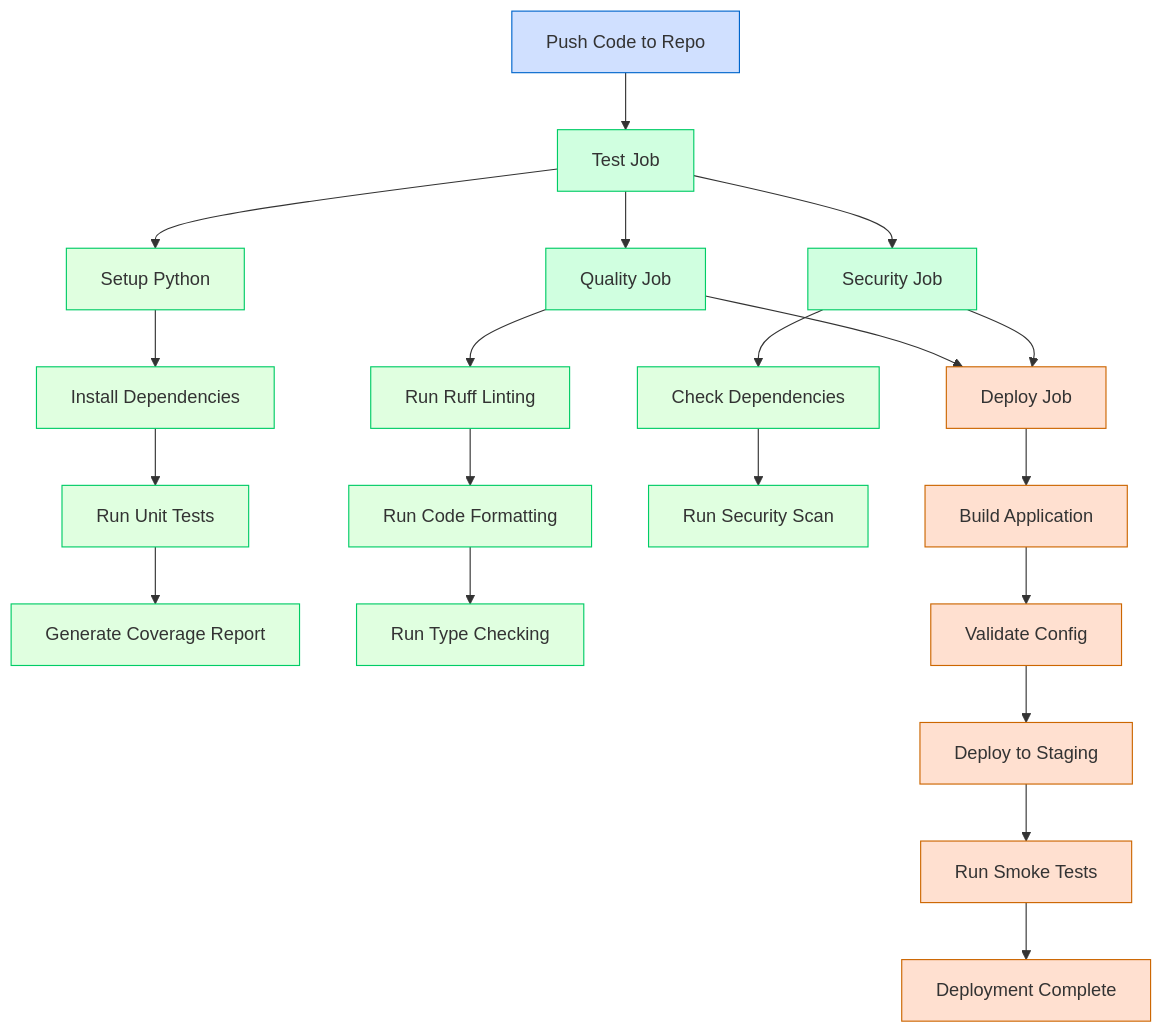
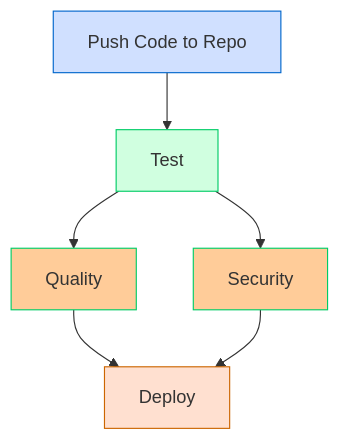
Before and after one commit to wolkwork/ci-cd-pipeline: the diagram in docs/ci-cd-pipeline.md, drawn with Mermaid. The commit also changed other lines of this file and 1 other file, not shown here.

Commit message:
add visuals to readme

````diff
--- a/docs/ci-cd-pipeline.md
+++ b/docs/ci-cd-pipeline.md
@@ -9,60 +9,14 @@
 ```mermaid
 flowchart TD
-    %% Main workflow steps
-    A[Push Code to Repo] --> B[Test Job]
-    B --> C[Quality Job]
-    B --> D[Security Job]
-    C --> E[Deploy Job]
+    A[Push Code to Repo] --> B[Test]
+    B --> C[Quality]
+    B --> D[Security]
+    C --> E[Deploy]
     D --> E
 
-    %% Test job substeps
-    B --> B1[Setup Python]
-    B1 --> B2[Install Dependencies]
-    B2 --> B3[Run Unit Tests]
-    B3 --> B4[Generate Coverage Report]
-
-    %% Quality job substeps
-    C --> C1[Run Ruff Linting]
-    C1 --> C2[Run Code Formatting]
-    C2 --> C3[Run Type Checking]
-
-    %% Security job substeps
-    D --> D1[Check Dependencies]
-    D1 --> D2[Run Security Scan]
-
-    %% Deploy job substeps
-    E --> E1[Build Application]
-    E1 --> E2[Validate Config]
-    E2 --> E3[Deploy to Staging]
-    E3 --> E4[Run Smoke Tests]
-    E4 --> E5[Deployment Complete]
-
-    %% Styling
     style A fill:#d0e0ff,stroke:#0066cc
     style B fill:#d0ffe0,stroke:#00cc66
-    style C fill:#d0ffe0,stroke:#00cc66
-    style D fill:#d0ffe0,stroke:#00cc66
+    style C fill:#ffcc99,stroke:#00cc66
+    style D fill:#ffcc99,stroke:#00cc66
     style E fill:#ffe0d0,stroke:#cc6600
-
-    %% Test job styling
-    style B1 fill:#e0ffe0,stroke:#00cc66
-    style B2 fill:#e0ffe0,stroke:#00cc66
-    style B3 fill:#e0ffe0,stroke:#00cc66
-    style B4 fill:#e0ffe0,stroke:#00cc66
-
-    %% Quality job styling
-    style C1 fill:#e0ffe0,stroke:#00cc66
-    style C2 fill:#e0ffe0,stroke:#00cc66
-    style C3 fill:#e0ffe0,stroke:#00cc66
-
-    %% Security job styling
-    style D1 fill:#e0ffe0,stroke:#00cc66
-    style D2 fill:#e0ffe0,stroke:#00cc66
-
-    %% Deploy job styling
-    style E1 fill:#ffe0d0,stroke:#cc6600
-    style E2 fill:#ffe0d0,stroke:#cc6600
-    style E3 fill:#ffe0d0,stroke:#cc6600
-    style E4 fill:#ffe0d0,stroke:#cc6600
-    style E5 fill:#ffe0d0,stroke:#cc6600
 ```
````
